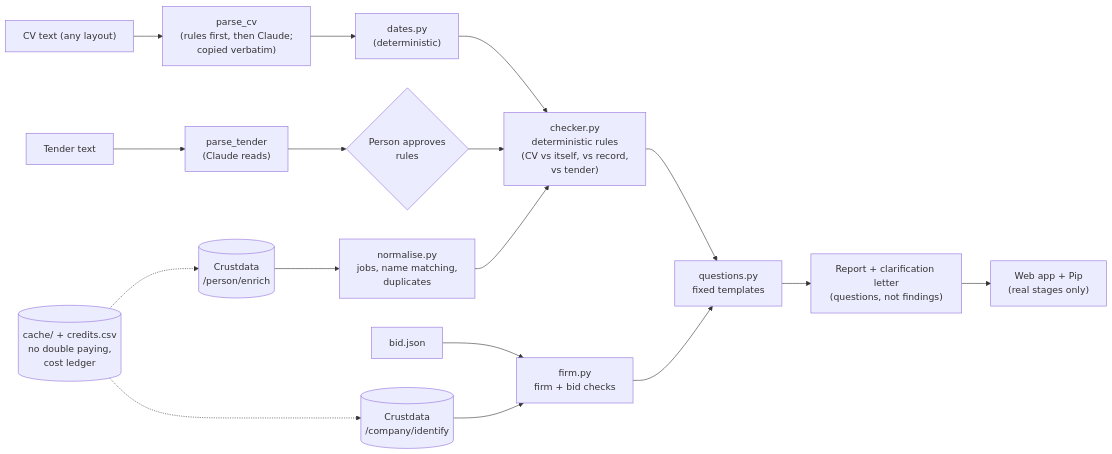
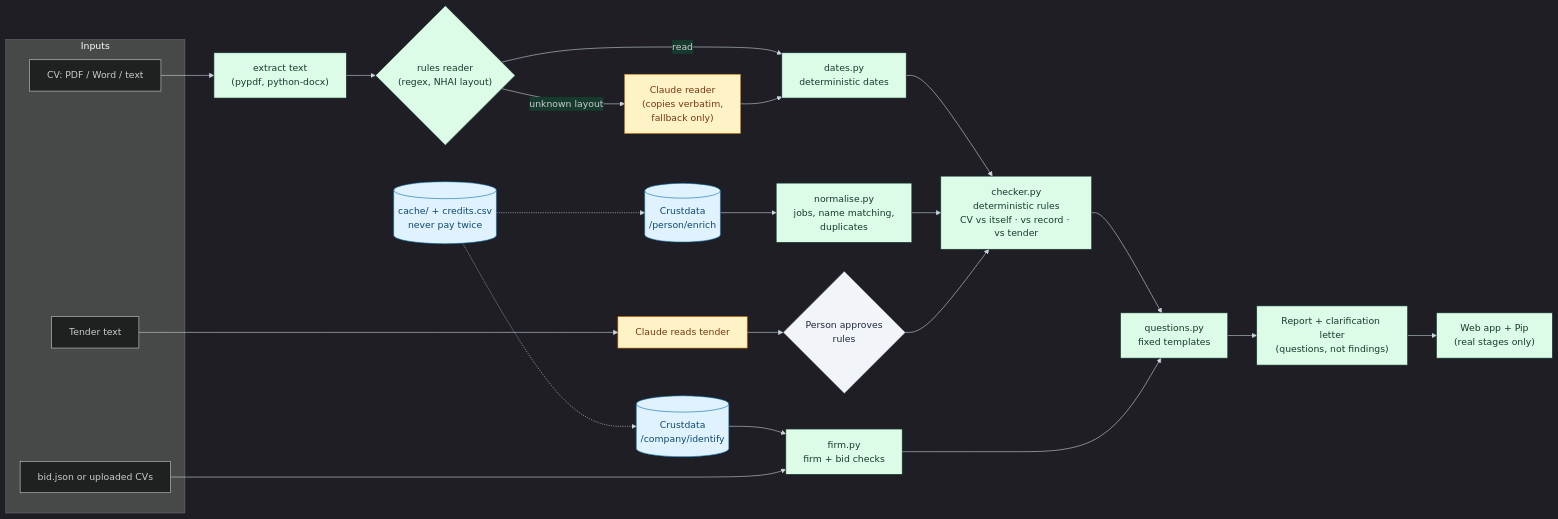
The diagram in README.md (Aaryan-2906/TrueNorth), drawn with Mermaid before and after one commit. The commit also changed other lines of this file and 2 other files, not shown here.

Commit message:
diagram: roles, rules reader, upload

````diff
--- a/README.md
+++ b/README.md
@@ -104,16 +108,33 @@
 ```mermaid
+%%{init: {"theme":"dark","themeVariables":{"edgeLabelBackground":"#163A2E","lineColor":"#CBD5E1"}, "flowchart":{"htmlLabels":true}}}%%
 flowchart LR
-  T["Tender text"] --> PT["parse_tender<br/>(Claude reads)"] --> AP{"Person approves<br/>rules"}
-  CV["CV text (any layout)"] --> PC["parse_cv<br/>(rules first, then Claude;<br/>copied verbatim)"] --> D["dates.py<br/>(deterministic)"]
-  B["bid.json"] --> F
-  D --> CHK
+  subgraph IN["Inputs"]
+    T["Tender text"]
+    CV["CV: PDF / Word / text"]
+    B["bid.json or uploaded CVs"]
+  end
+  CV --> X["extract text<br/>(pypdf, python-docx)"] --> RR{"rules reader<br/>(regex, NHAI layout)"}
+  RR -- "read" --> D["dates.py<br/>deterministic dates"]
+  RR -- "unknown layout" --> LLM["Claude reader<br/>(copies verbatim,<br/>fallback only)"] --> D
+  T --> PT["Claude reads tender"] --> AP{"Person approves<br/>rules"}
+  CD[("Crustdata<br/>/person/enrich")] --> N["normalise.py<br/>jobs, name matching,<br/>duplicates"]
+  CI[("Crustdata<br/>/company/identify")] --> F["firm.py<br/>firm + bid checks"]
+  B --> F
+  D --> CHK["checker.py<br/>deterministic rules<br/>CV vs itself · vs record · vs tender"]
+  N --> CHK
   AP --> CHK
-  CD[("Crustdata<br/>/person/enrich")] --> N["normalise.py<br/>jobs, name matching,<br/>duplicates"] --> CHK
-  CI[("Crustdata<br/>/company/identify")] --> F["firm.py<br/>firm + bid checks"]
-  CHK["checker.py<br/>deterministic rules<br/>(CV vs itself, vs record,<br/>vs tender)"] --> Q["questions.py<br/>fixed templates"]
+  CHK --> Q["questions.py<br/>fixed templates"]
   F --> Q
-  Q --> R["Report + clarification letter<br/>(questions, not findings)"]
-  R --> UI["Web app + Pip<br/>(real stages only)"]
-  CACHE[("cache/ + credits.csv<br/>no double paying,<br/>cost ledger")] -.-> CD
-  CACHE -.-> CI
+  Q --> R["Report + clarification letter<br/>(questions, not findings)"] --> UI["Web app + Pip<br/>(real stages only)"]
+  L[("cache/ + credits.csv<br/>never pay twice")] -.-> CD
+  L -.-> CI
+
+  classDef ai fill:#FEF3C7,stroke:#D97706,color:#78350F
+  classDef ours fill:#DCFCE7,stroke:#163A2E,color:#163A2E
+  classDef data fill:#E0F2FE,stroke:#0369A1,color:#0C4A6E
+  classDef human fill:#F1F5F9,stroke:#475569,color:#1E293B
+  class LLM,PT ai
+  class X,RR,D,N,F,CHK,Q,R,UI ours
+  class CD,CI,L data
+  class AP human
 ```
````
